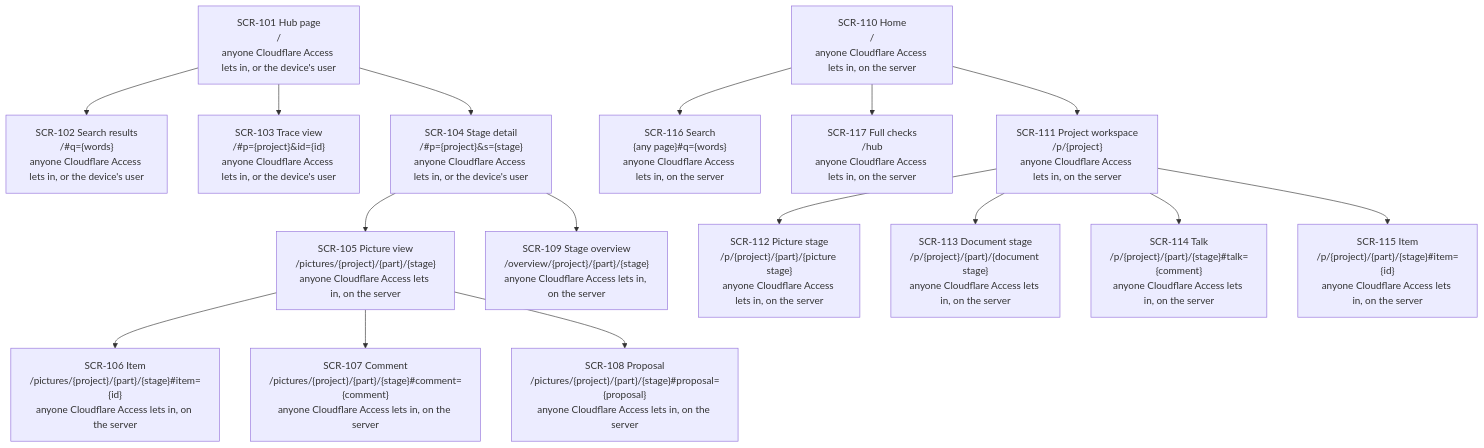
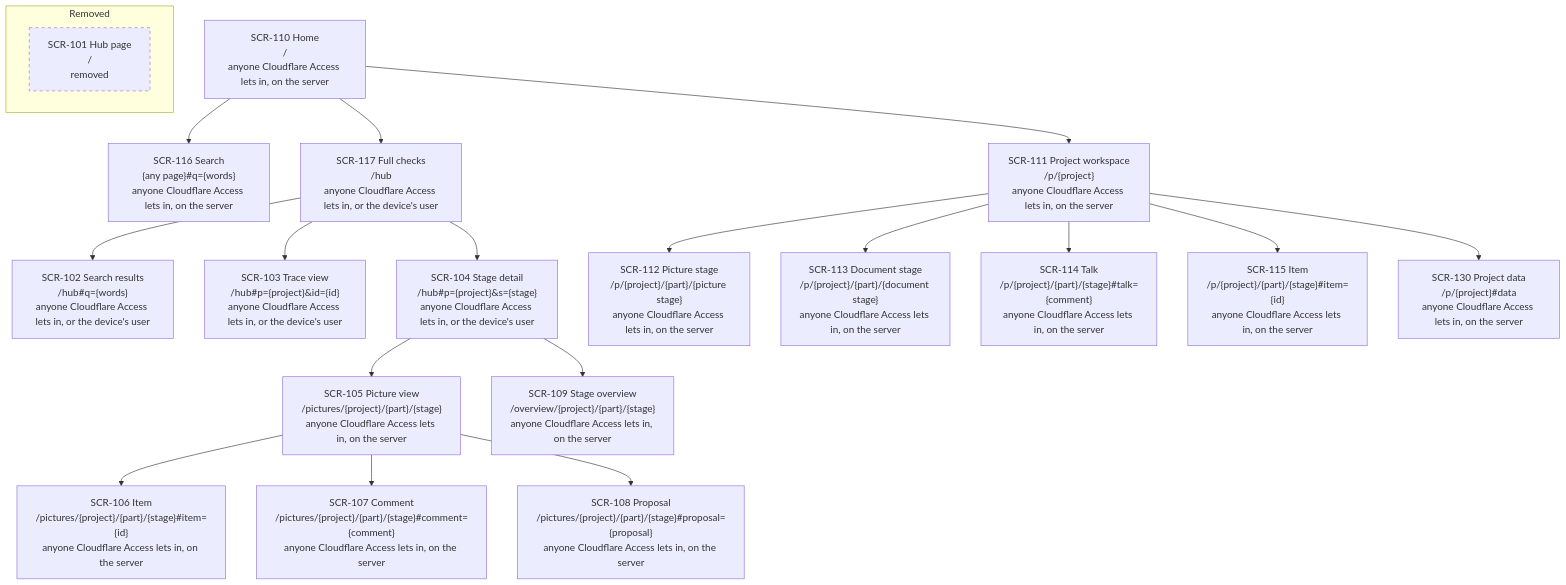
Before and after one commit to kodonghui/corthex-nexus: the diagram in docs/07-sitemap/nexus.md, drawn with Mermaid. The commit also changed other lines of this file and 22 other files, not shown here.

````diff
--- a/docs/07-sitemap/nexus.md
+++ b/docs/07-sitemap/nexus.md
@@ -54,20 +57,24 @@
 ```mermaid
 flowchart TD
-  SCR101["SCR-101 Hub page<br/>/<br/>anyone Cloudflare Access lets in, or the device's user"]
-  SCR101 --> SCR102["SCR-102 Search results<br/>/#q={words}<br/>anyone Cloudflare Access lets in, or the device's user"]
-  SCR101 --> SCR103["SCR-103 Trace view<br/>/#p={project}&id={id}<br/>anyone Cloudflare Access lets in, or the device's user"]
-  SCR101 --> SCR104["SCR-104 Stage detail<br/>/#p={project}&s={stage}<br/>anyone Cloudflare Access lets in, or the device's user"]
+  SCR110["SCR-110 Home<br/>/<br/>anyone Cloudflare Access lets in, on the server"]
+  SCR110 --> SCR116["SCR-116 Search<br/>{any page}#q={words}<br/>anyone Cloudflare Access lets in, on the server"]
+  SCR110 --> SCR117["SCR-117 Full checks<br/>/hub<br/>anyone Cloudflare Access lets in, or the device's user"]
+  SCR117 --> SCR102["SCR-102 Search results<br/>/hub#q={words}<br/>anyone Cloudflare Access lets in, or the device's user"]
+  SCR117 --> SCR103["SCR-103 Trace view<br/>/hub#p={project}&id={id}<br/>anyone Cloudflare Access lets in, or the device's user"]
+  SCR117 --> SCR104["SCR-104 Stage detail<br/>/hub#p={project}&s={stage}<br/>anyone Cloudflare Access lets in, or the device's user"]
   SCR104 --> SCR105["SCR-105 Picture view<br/>/pictures/{project}/{part}/{stage}<br/>anyone Cloudflare Access lets in, on the server"]
   SCR105 --> SCR106["SCR-106 Item<br/>/pictures/{project}/{part}/{stage}#item={id}<br/>anyone Cloudflare Access lets in, on the server"]
   SCR105 --> SCR107["SCR-107 Comment<br/>/pictures/{project}/{part}/{stage}#comment={comment}<br/>anyone Cloudflare Access lets in, on the server"]
   SCR105 --> SCR108["SCR-108 Proposal<br/>/pictures/{project}/{part}/{stage}#proposal={proposal}<br/>anyone Cloudflare Access lets in, on the server"]
   SCR104 --> SCR109["SCR-109 Stage overview<br/>/overview/{project}/{part}/{stage}<br/>anyone Cloudflare Access lets in, on the server"]
-  SCR110["SCR-110 Home<br/>/<br/>anyone Cloudflare Access lets in, on the server"]
-  SCR110 --> SCR116["SCR-116 Search<br/>{any page}#q={words}<br/>anyone Cloudflare Access lets in, on the server"]
-  SCR110 --> SCR117["SCR-117 Full checks<br/>/hub<br/>anyone Cloudflare Access lets in, on the server"]
   SCR110 --> SCR111["SCR-111 Project workspace<br/>/p/{project}<br/>anyone Cloudflare Access lets in, on the server"]
   SCR111 --> SCR112["SCR-112 Picture stage<br/>/p/{project}/{part}/{picture stage}<br/>anyone Cloudflare Access lets in, on the server"]
   SCR111 --> SCR113["SCR-113 Document stage<br/>/p/{project}/{part}/{document stage}<br/>anyone Cloudflare Access lets in, on the server"]
   SCR111 --> SCR114["SCR-114 Talk<br/>/p/{project}/{part}/{stage}#talk={comment}<br/>anyone Cloudflare Access lets in, on the server"]
   SCR111 --> SCR115["SCR-115 Item<br/>/p/{project}/{part}/{stage}#item={id}<br/>anyone Cloudflare Access lets in, on the server"]
+  SCR111 --> SCR130["SCR-130 Project data<br/>/p/{project}#data<br/>anyone Cloudflare Access lets in, on the server"]
+  subgraph gone["Removed"]
+    SCR101["SCR-101 Hub page<br/>/<br/>removed"]:::removed
+  end
+  classDef removed stroke-dasharray: 5 5
 ```
````
